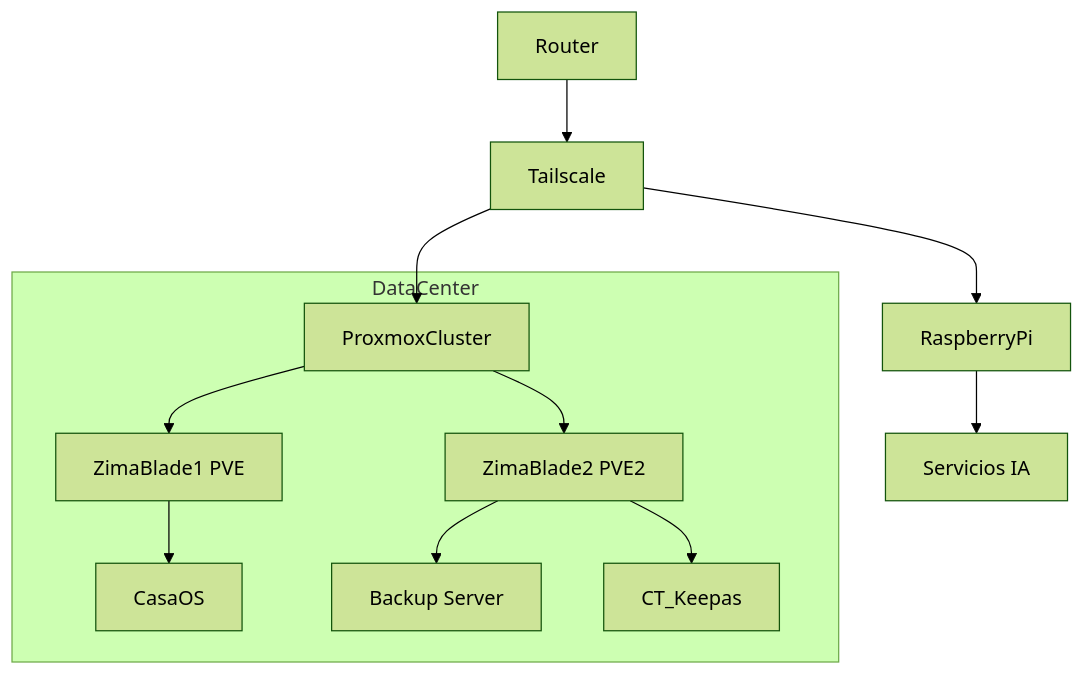
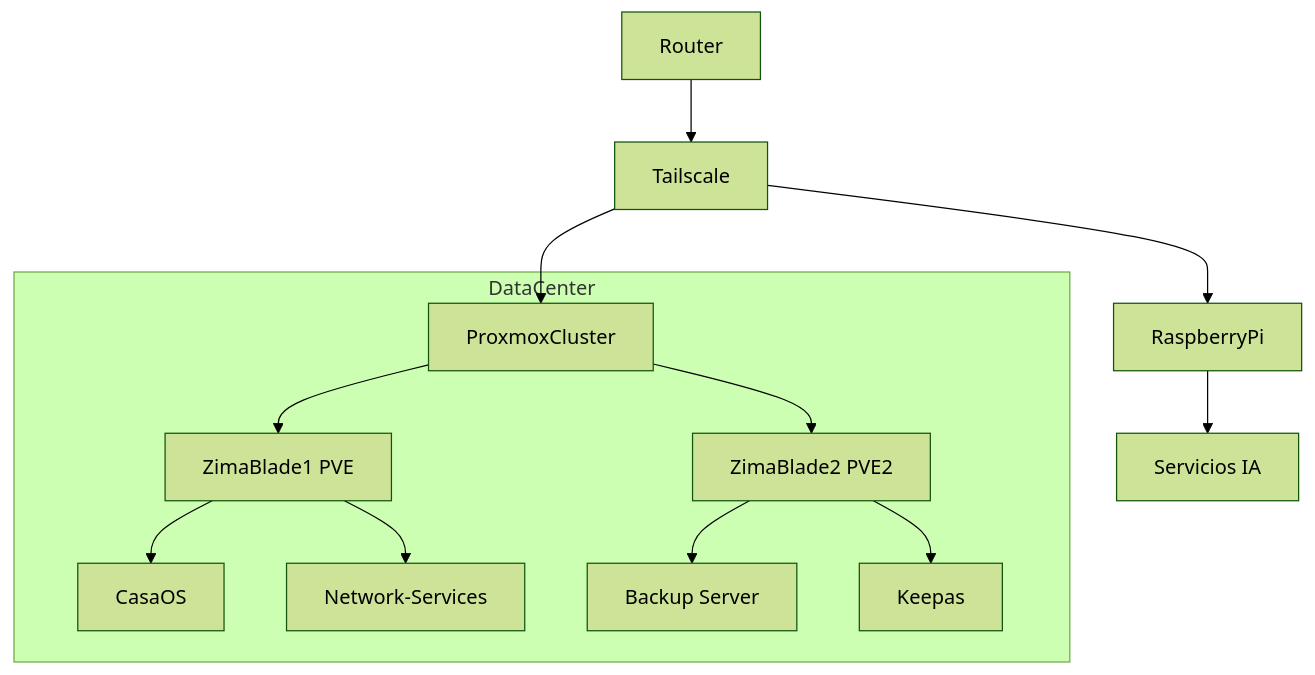
Before and after one commit to mateorzan/HOMELAB: the diagram in README.md, drawn with Mermaid (forest theme). The commit also changed other lines of this file, not shown here.

````diff
--- a/README.md
+++ b/README.md
@@ -37,17 +37,18 @@
 ```mermaid
 graph TD
 
     Router --> Tailscale
     Tailscale --> ProxmoxCluster
     Tailscale --> RaspberryPi
 
     subgraph DataCenter
         ProxmoxCluster --> Nodo1[ZimaBlade1 PVE]
         ProxmoxCluster --> Nodo2[ZimaBlade2 PVE2]
         Nodo1 --> CasaOS
+        Nodo1 --> Network-Services
         Nodo2 --> PBS[Backup Server]
- Nodo2 --> CT_Keepas
+        Nodo2 --> Keepas
     end
 
     RaspberryPi --> IA[Servicios IA]
 ```
````
